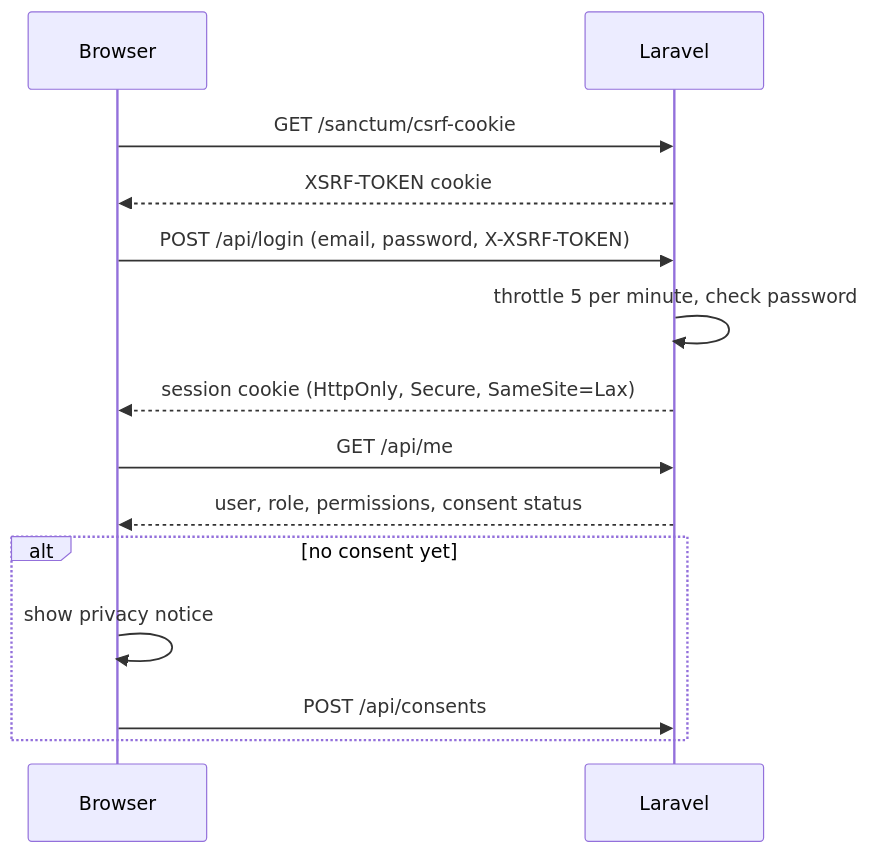
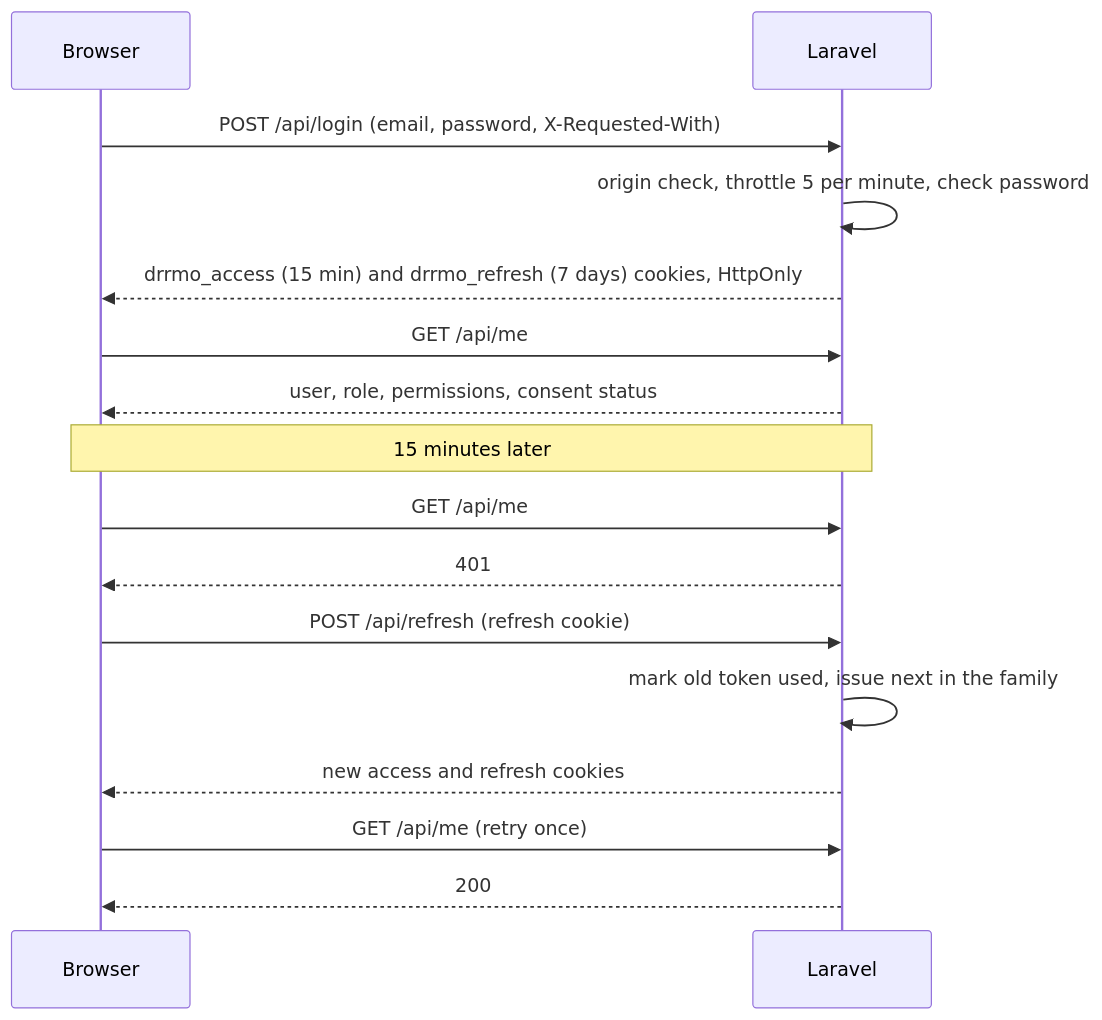
The second of 4 diagrams in docs/ARCHITECTURE.md (RamDamaha/drrmo-eams), drawn with Mermaid before and after one commit. The commit also changed other lines of this file and 45 other files, not shown here.

````diff
--- a/docs/ARCHITECTURE.md
+++ b/docs/ARCHITECTURE.md
@@ -54,16 +64,18 @@
 ```mermaid
 sequenceDiagram
     participant B as Browser
     participant L as Laravel
-    B->>L: GET /sanctum/csrf-cookie
-    L-->>B: XSRF-TOKEN cookie
-    B->>L: POST /api/login (email, password, X-XSRF-TOKEN)
-    L->>L: throttle 5 per minute, check password
-    L-->>B: session cookie (HttpOnly, Secure, SameSite=Lax)
+    B->>L: POST /api/login (email, password, X-Requested-With)
+    L->>L: origin check, throttle 5 per minute, check password
+    L-->>B: drrmo_access (15 min) and drrmo_refresh (7 days) cookies, HttpOnly
     B->>L: GET /api/me
     L-->>B: user, role, permissions, consent status
-    alt no consent yet
-        B->>B: show privacy notice
-        B->>L: POST /api/consents
-    end
+    Note over B,L: 15 minutes later
+    B->>L: GET /api/me
+    L-->>B: 401
+    B->>L: POST /api/refresh (refresh cookie)
+    L->>L: mark old token used, issue next in the family
+    L-->>B: new access and refresh cookies
+    B->>L: GET /api/me (retry once)
+    L-->>B: 200
 ```
````
